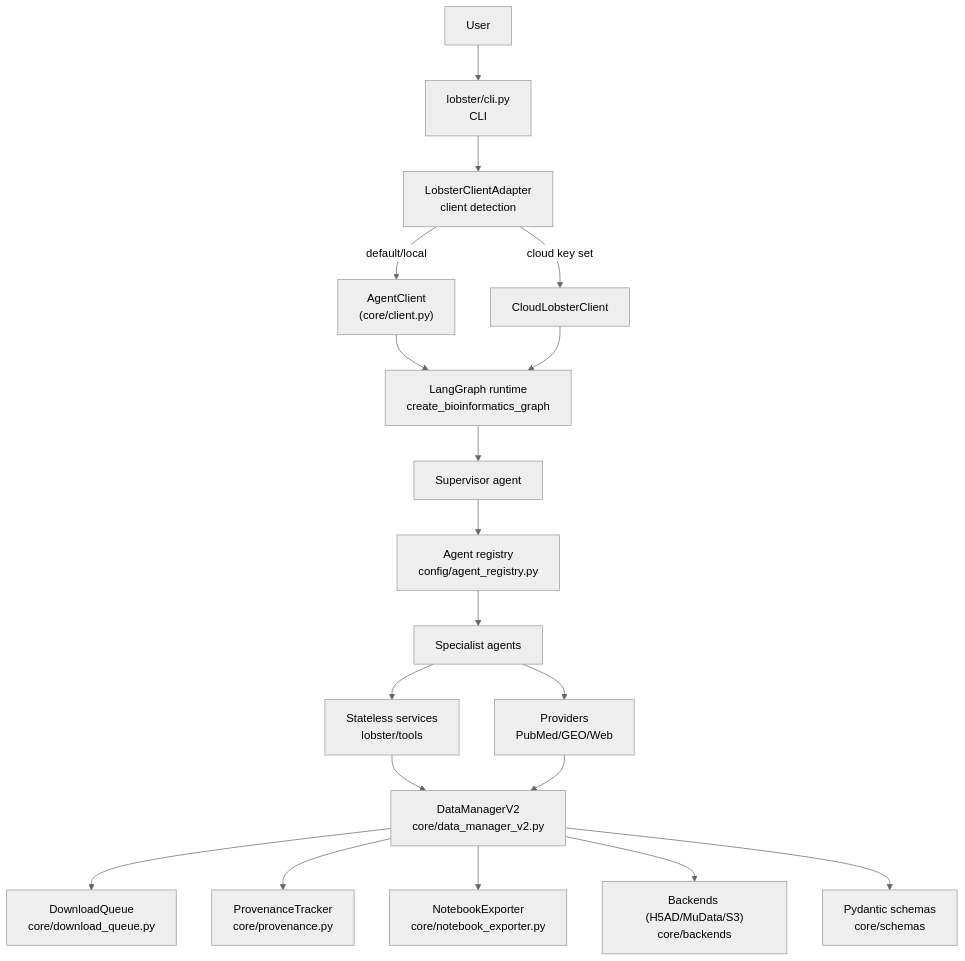
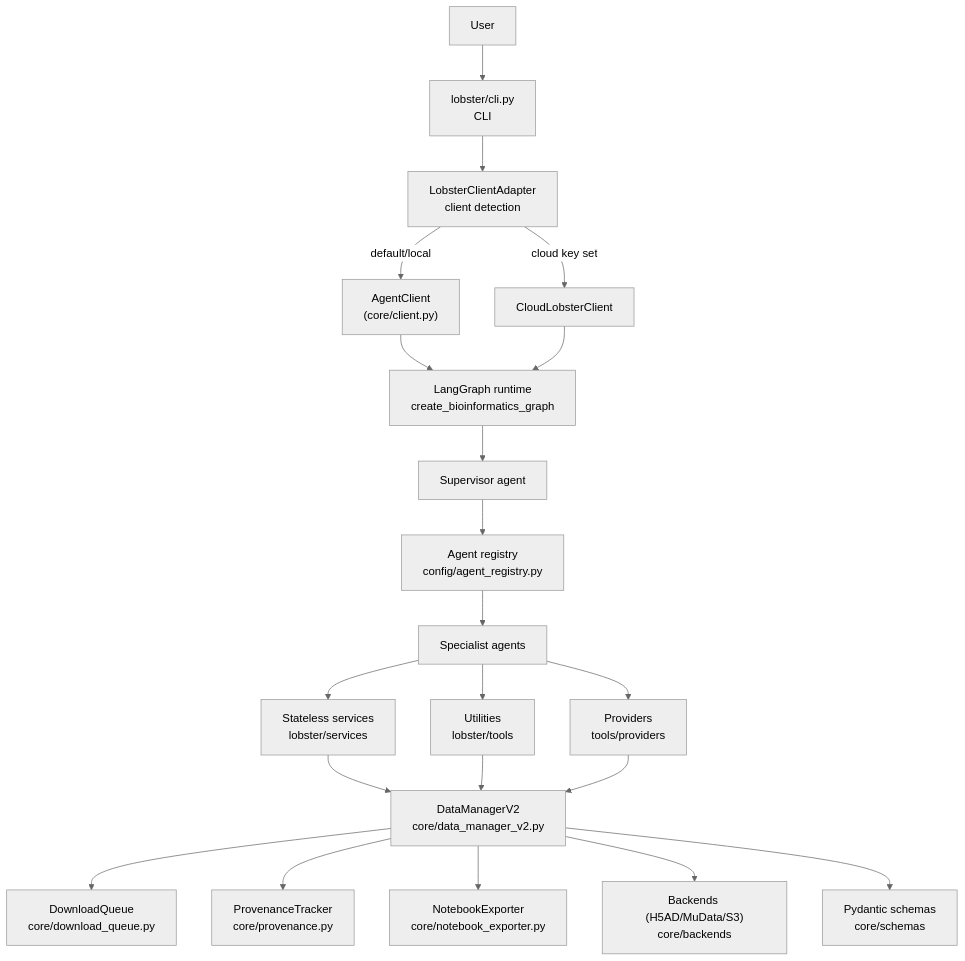
Before and after one commit to the-omics-os/lobster: the first of 3 diagrams in CLAUDE.md, drawn with Mermaid (neutral theme). The commit also changed other lines of this file, not shown here.

First line of the commit message:
docs: Update CLAUDE.md to reflect services/ directory structure

````diff
--- a/CLAUDE.md
+++ b/CLAUDE.md
@@ -54,39 +54,42 @@
 ```mermaid
 graph TB
   User --> CLI["lobster/cli.py
 CLI"]
   CLI --> Adapter["LobsterClientAdapter
 client detection"]
 
   Adapter -->|cloud key set| Cloud["CloudLobsterClient"]
   Adapter -->|default/local| Local["AgentClient
 (core/client.py)"]
 
   Local --> Graph["LangGraph runtime
 create_bioinformatics_graph"]
   Cloud --> Graph
 
   Graph --> Sup["Supervisor agent"]
   Sup --> Registry["Agent registry
 config/agent_registry.py"]
   Registry --> Agents["Specialist agents"]
 
   Agents --> Services["Stateless services
+lobster/services"]
+  Agents --> Tools["Utilities
 lobster/tools"]
   Agents --> Providers["Providers
-PubMed/GEO/Web"]
+tools/providers"]
   Services --> DM["DataManagerV2
 core/data_manager_v2.py"]
+  Tools --> DM
   Providers --> DM
 
   DM --> Queue["DownloadQueue
 core/download_queue.py"]
   DM --> Prov["ProvenanceTracker
 core/provenance.py"]
   DM --> Export["NotebookExporter
 core/notebook_exporter.py"]
   DM --> Storage["Backends (H5AD/MuData/S3)
 core/backends"]
   DM --> Schemas["Pydantic schemas
 core/schemas"]
 ```
````
